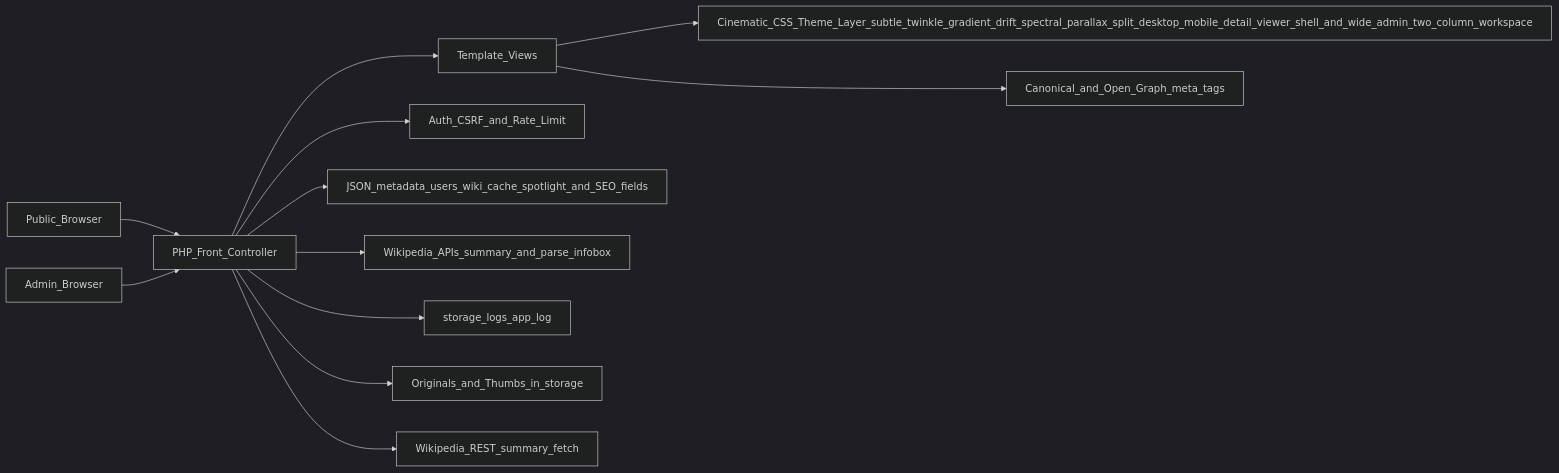
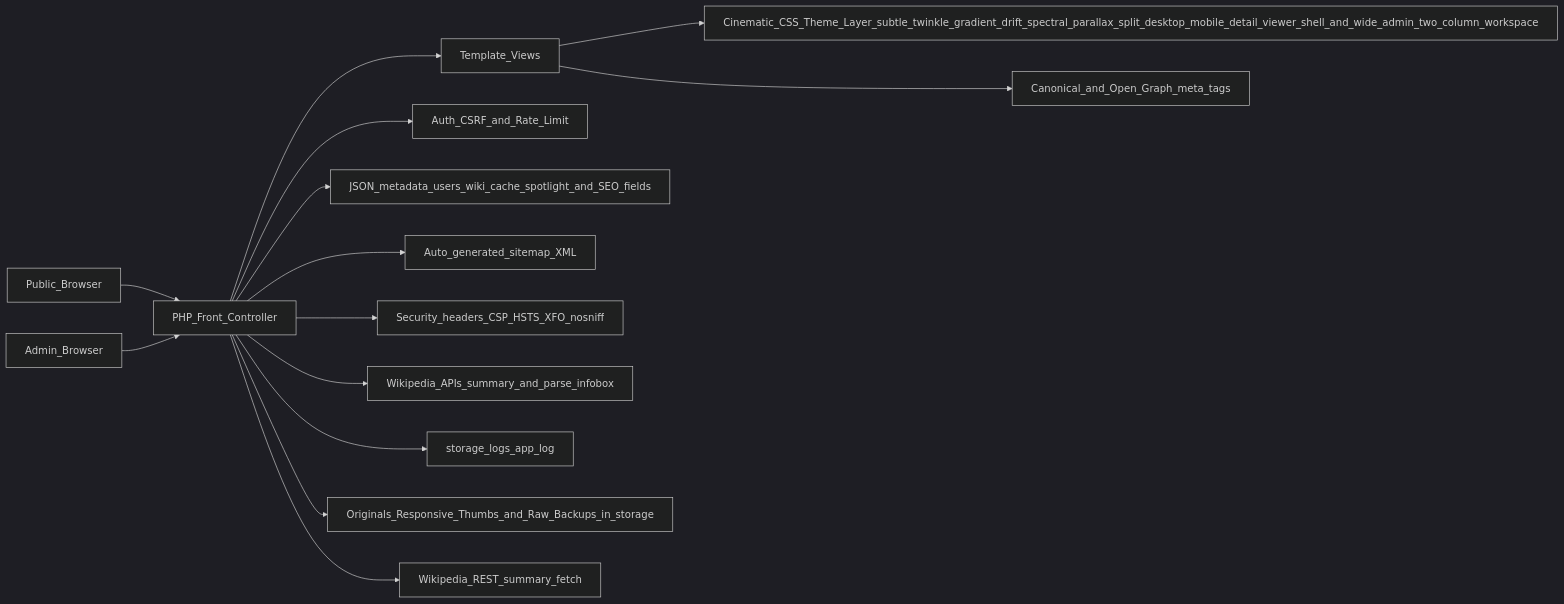
One commit to smeird/images changed the third of 3 diagrams in README.md. Above: the diagram before and after it, drawn with Mermaid (dark theme). The commit also changed other lines of this file and 7 other files, not shown here.

````diff
--- a/README.md
+++ b/README.md
@@ -202,14 +217,16 @@
 ```mermaid
 graph LR
   Public_Browser --> PHP_Front_Controller
   Admin_Browser --> PHP_Front_Controller
   PHP_Front_Controller --> Template_Views
   Template_Views --> Cinematic_CSS_Theme_Layer_subtle_twinkle_gradient_drift_spectral_parallax_split_desktop_mobile_detail_viewer_shell_and_wide_admin_two_column_workspace
   Template_Views --> Canonical_and_Open_Graph_meta_tags
   PHP_Front_Controller --> Auth_CSRF_and_Rate_Limit
   PHP_Front_Controller --> JSON_metadata_users_wiki_cache_spotlight_and_SEO_fields
+  PHP_Front_Controller --> Auto_generated_sitemap_XML
+  PHP_Front_Controller --> Security_headers_CSP_HSTS_XFO_nosniff
   PHP_Front_Controller --> Wikipedia_APIs_summary_and_parse_infobox
   PHP_Front_Controller --> storage_logs_app_log
-  PHP_Front_Controller --> Originals_and_Thumbs_in_storage
+  PHP_Front_Controller --> Originals_Responsive_Thumbs_and_Raw_Backups_in_storage
   PHP_Front_Controller --> Wikipedia_REST_summary_fetch
 ```
````
